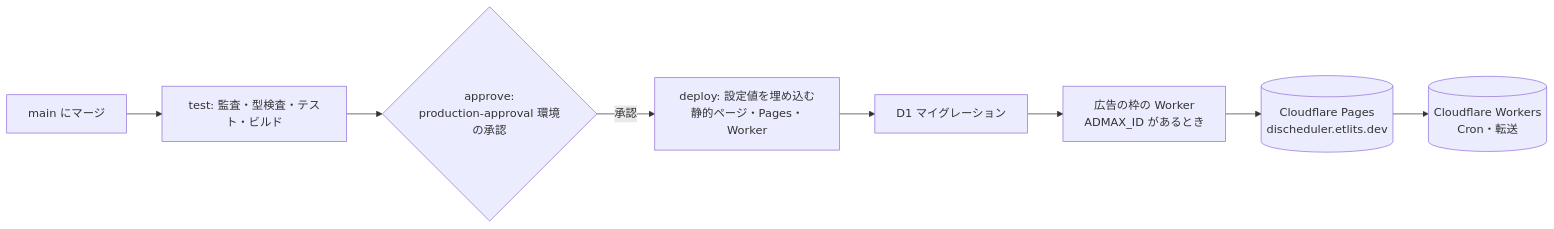
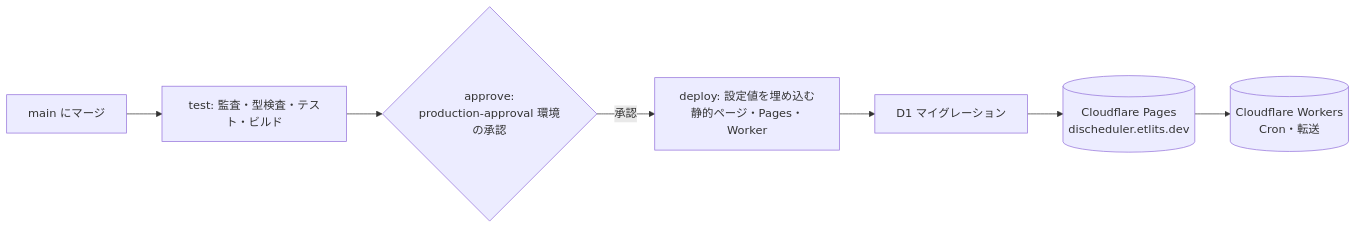
One commit to etlit-r/DIscheduler changed the fifth of 5 diagrams in docs/design.md. Above: the diagram before and after it, drawn with Mermaid. The commit also changed other lines of this file and 31 other files, not shown here.

````diff
--- a/docs/design.md
+++ b/docs/design.md
@@ -1289,10 +1270,9 @@
 ```mermaid
 flowchart LR
   M[main にマージ] --> T[test: 監査・型検査・テスト・ビルド]
   T --> A{approve:<br/>production-approval 環境の承認}
   A -- 承認 --> R[deploy: 設定値を埋め込む<br/>静的ページ・Pages・Worker]
   R --> MG[D1 マイグレーション]
-  MG --> AD[広告の枠の Worker<br/>ADMAX_ID があるとき]
-  AD --> P[(Cloudflare Pages<br/>discheduler.etlits.dev)]
+  MG --> P[(Cloudflare Pages<br/>discheduler.etlits.dev)]
   P --> W[(Cloudflare Workers<br/>Cron・転送)]
 ```
````
